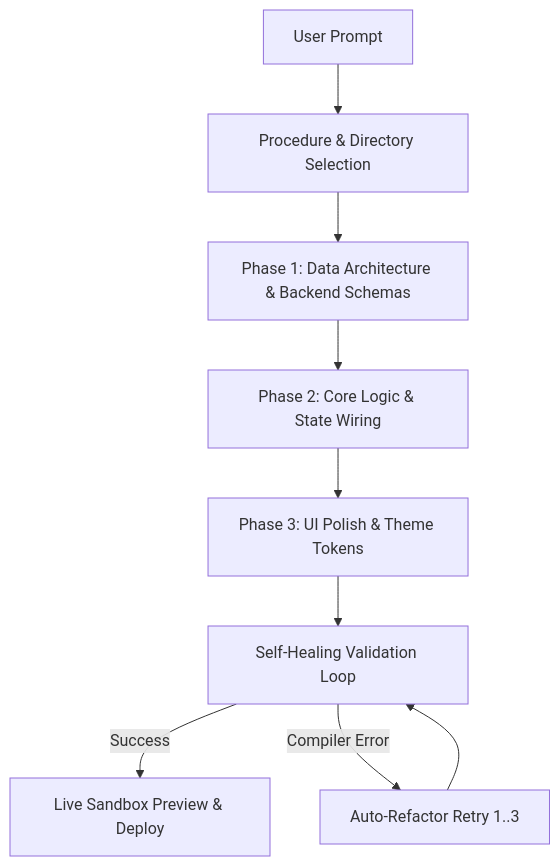
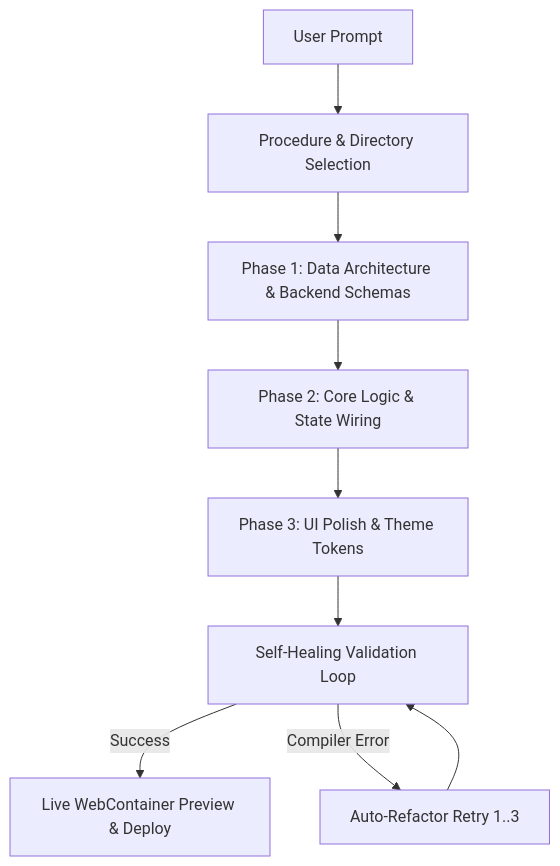
The diagram in README.md (dr-week/AI-CODER-APP), drawn with Mermaid before and after one commit. The commit also changed other lines of this file, not shown here.

Commit message:
docs: update README.md with complete architecture features, enterprise guardrails, and platform support

````diff
--- a/README.md
+++ b/README.md
@@ -44,11 +46,11 @@
 ```mermaid
 graph TD
     A[User Prompt] --> B[Procedure & Directory Selection]
     B --> C[Phase 1: Data Architecture & Backend Schemas]
     C --> D[Phase 2: Core Logic & State Wiring]
     D --> E[Phase 3: UI Polish & Theme Tokens]
     E --> F[Self-Healing Validation Loop]
-    F -->|Success| G[Live Sandbox Preview & Deploy]
+    F -->|Success| G[Live WebContainer Preview & Deploy]
     F -->|Compiler Error| H[Auto-Refactor Retry 1..3]
     H --> F
 ```
````
